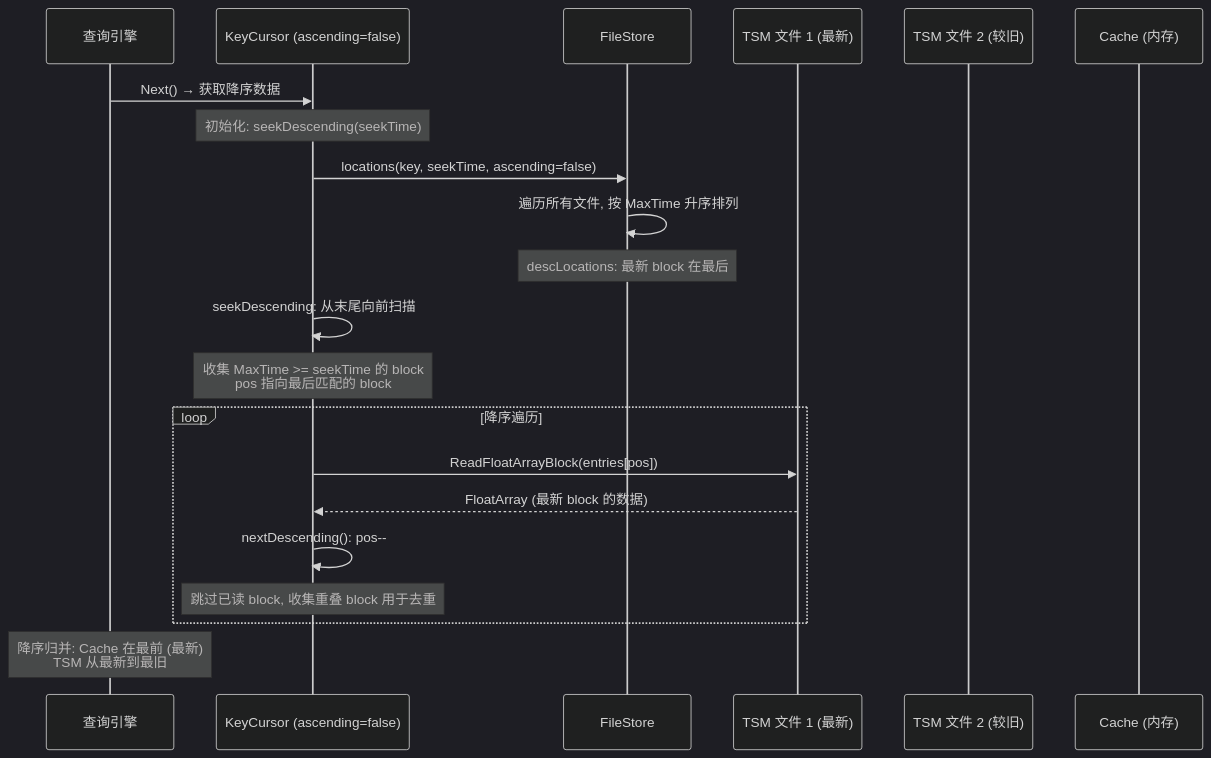
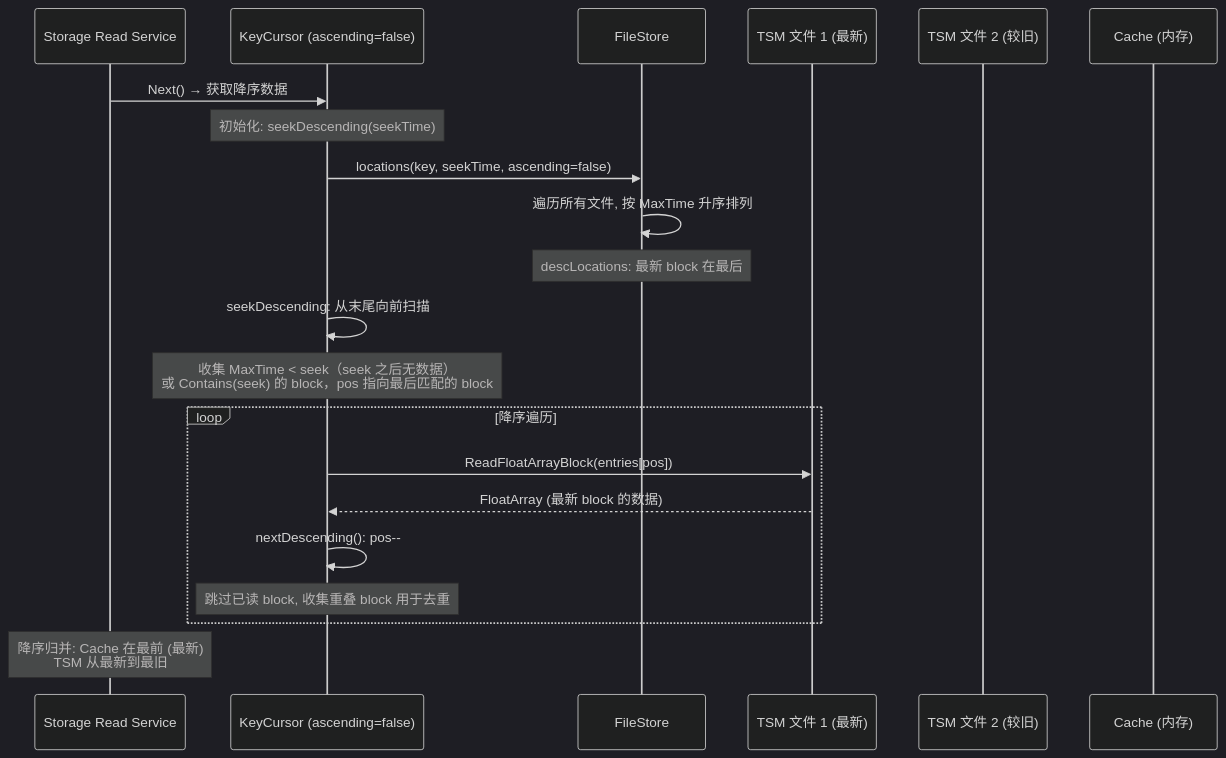
One commit to stefanv5/influxdb changed the fourth of 7 diagrams in docs/specs/08_array_cursor_spec.md. Above: the diagram before and after it, drawn with Mermaid (dark theme). The commit also changed other lines of this file and 16 other files, not shown here.

First line of the commit message:
docs: correct and deepen the 17 architecture specs

````diff
--- a/docs/specs/08_array_cursor_spec.md
+++ b/docs/specs/08_array_cursor_spec.md
@@ -508,28 +564,28 @@
 ```mermaid
 sequenceDiagram
-    participant Query as 查询引擎
+    participant Query as Storage Read Service
     participant KC as KeyCursor (ascending=false)
     participant FS as FileStore
     participant TSM1 as TSM 文件 1 (最新)
     participant TSM2 as TSM 文件 2 (较旧)
     participant Cache as Cache (内存)
 
     Query->>KC: Next() → 获取降序数据
 
     Note over KC: 初始化: seekDescending(seekTime)
     KC->>FS: locations(key, seekTime, ascending=false)
     FS->>FS: 遍历所有文件, 按 MaxTime 升序排列
     Note over FS: descLocations: 最新 block 在最后
 
     KC->>KC: seekDescending: 从末尾向前扫描
-    Note over KC: 收集 MaxTime >= seekTime 的 block<br/>pos 指向最后匹配的 block
+    Note over KC: 收集 MaxTime < seek（seek 之后无数据）<br/>或 Contains(seek) 的 block，pos 指向最后匹配的 block
 
     loop 降序遍历
         KC->>TSM1: ReadFloatArrayBlock(entries[pos])
         TSM1-->>KC: FloatArray (最新 block 的数据)
         KC->>KC: nextDescending(): pos--
         Note over KC: 跳过已读 block, 收集重叠 block 用于去重
     end
 
     Note over Query: 降序归并: Cache 在最前 (最新)<br/>TSM 从最新到最旧
 ```
````
